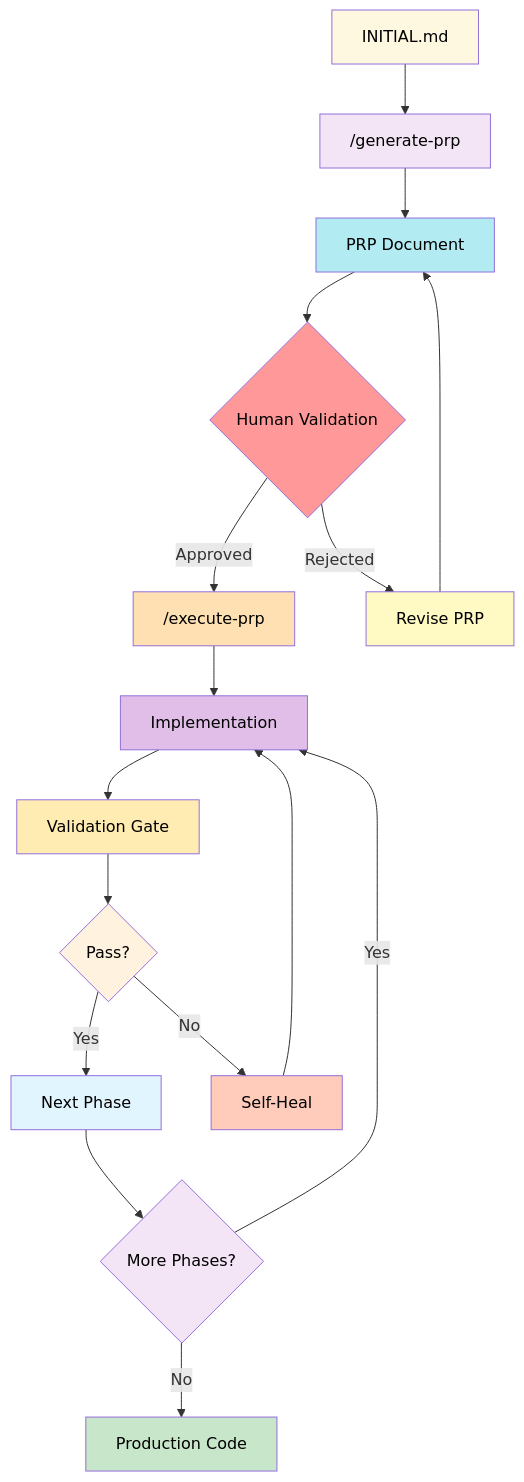
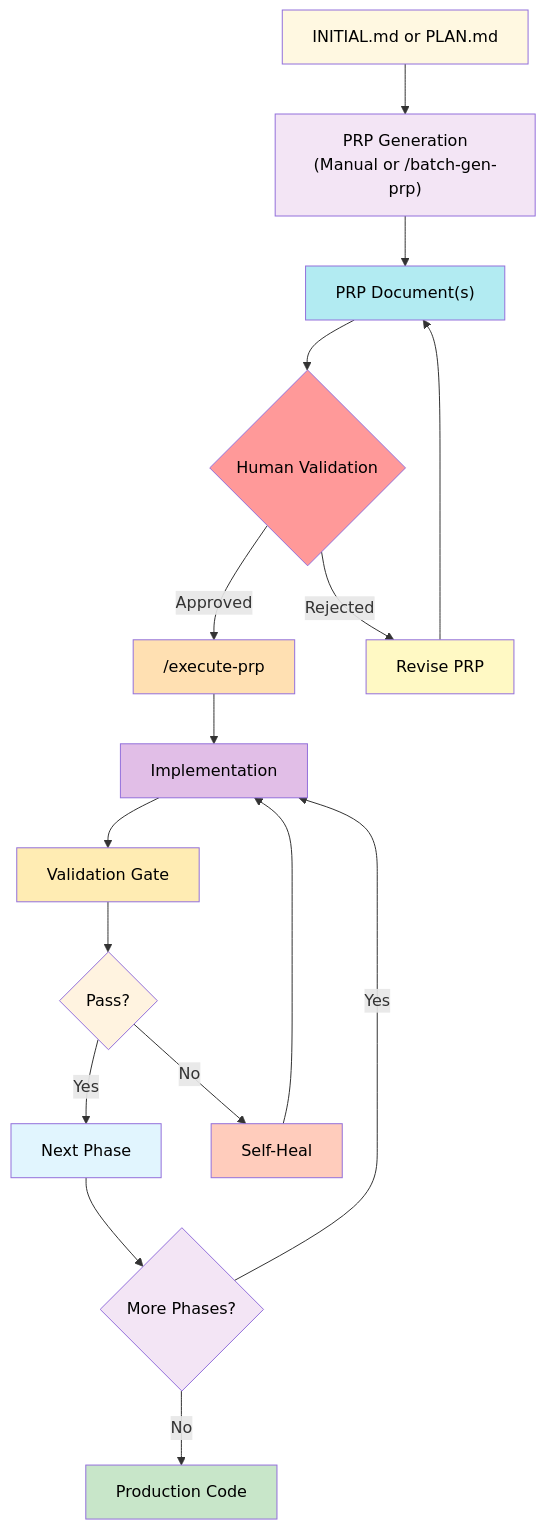
The sixth of 13 diagrams in examples/model/SystemModel.md (bprzybys-nc/ctx-eng-plus), drawn with Mermaid before and after one commit. The commit also changed other lines of this file and 3 other files, not shown here.

````diff
--- a/examples/model/SystemModel.md
+++ b/examples/model/SystemModel.md
@@ -422,32 +422,32 @@
 ```mermaid
 graph TB
-    A["INITIAL.md"] --> B["/generate-prp"]
-    B --> C["PRP Document"]
+    A["INITIAL.md or PLAN.md"] --> B["PRP Generation<br/>(Manual or /batch-gen-prp)"]
+    B --> C["PRP Document(s)"]
     C --> D{"Human Validation"}
     D -->|"Approved"| E["/execute-prp"]
     D -->|"Rejected"| F["Revise PRP"]
     F --> C
     E --> G["Implementation"]
     G --> H["Validation Gate"]
     H --> I{"Pass?"}
     I -->|"Yes"| J["Next Phase"]
     I -->|"No"| K["Self-Heal"]
     K --> G
     J --> L{"More Phases?"}
     L -->|"Yes"| G
     L -->|"No"| M["Production Code"]
 
     style A fill:#fff8e1,color:#000
     style B fill:#f3e5f5,color:#000
     style C fill:#b2ebf2,color:#000
     style D fill:#ff9999,color:#000
     style E fill:#ffe0b2,color:#000
     style F fill:#fff9c4,color:#000
     style G fill:#e1bee7,color:#000
     style H fill:#ffecb3,color:#000
     style I fill:#fff3e0,color:#000
     style J fill:#e1f5fe,color:#000
     style K fill:#ffccbc,color:#000
     style L fill:#f3e5f5,color:#000
     style M fill:#c8e6c9,color:#000
 ```
````
